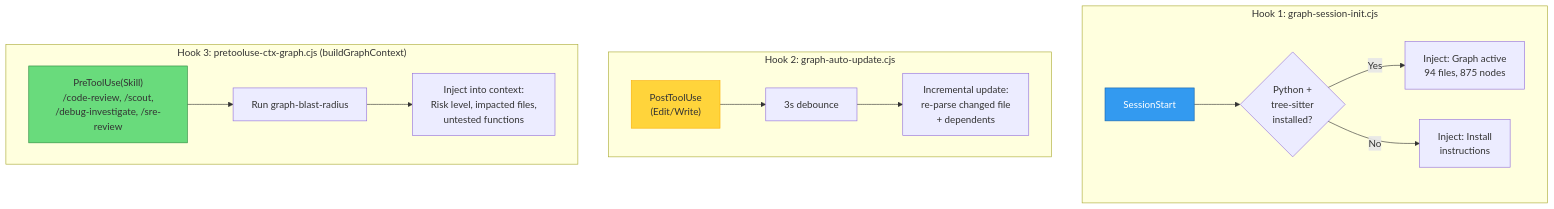
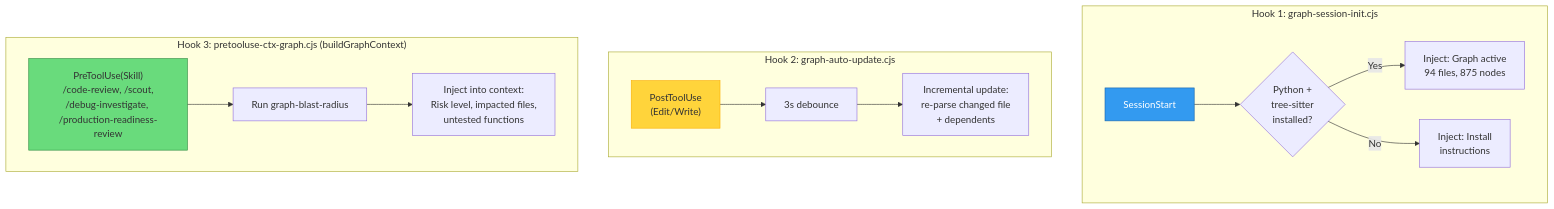
One commit to duc01226/easy-claude changed diagram 17 of 20 in .claude/docs/claude-ai-agent-framework-guide.md. Above: the diagram before and after it, drawn with Mermaid. The commit also changed other lines of this file and 85 other files, not shown here.

First line of the commit message:
refactor(skills): rename sre-review/qc-specialist + consolidate quality-gate

````diff
--- a/.claude/docs/claude-ai-agent-framework-guide.md
+++ b/.claude/docs/claude-ai-agent-framework-guide.md
@@ -2950,22 +2950,22 @@
 ```mermaid
 graph TB
     subgraph "Hook 1: graph-session-init.cjs"
         SE["SessionStart"] --> CHK{"Python +<br/>tree-sitter<br/>installed?"}
         CHK -->|Yes| STAT["Inject: Graph active<br/>94 files, 875 nodes"]
         CHK -->|No| GUIDE["Inject: Install<br/>instructions"]
     end
 
     subgraph "Hook 2: graph-auto-update.cjs"
         EDIT["PostToolUse<br/>(Edit/Write)"] --> DEB["3s debounce"]
         DEB --> INC["Incremental update:<br/>re-parse changed file<br/>+ dependents"]
     end
 
     subgraph "Hook 3: pretooluse-ctx-graph.cjs (buildGraphContext)"
-        SKILL["PreToolUse(Skill)<br/>/code-review, /scout,<br/>/debug-investigate, /sre-review"] --> BR["Run graph-blast-radius"]
+        SKILL["PreToolUse(Skill)<br/>/code-review, /scout,<br/>/debug-investigate, /production-readiness-review"] --> BR["Run graph-blast-radius"]
         BR --> INJ["Inject into context:<br/>Risk level, impacted files,<br/>untested functions"]
     end
 
     style SE fill:#339af0,stroke:#1864ab,color:#fff
     style EDIT fill:#ffd43b,stroke:#fab005
     style SKILL fill:#69db7c,stroke:#2b8a3e
 ```
````
